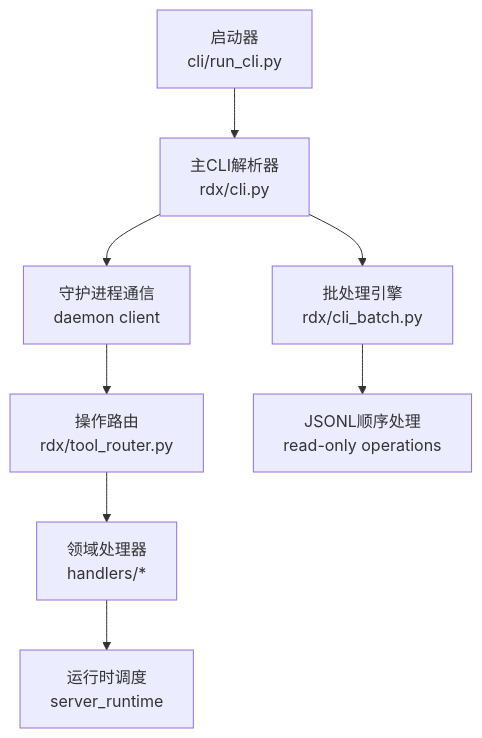
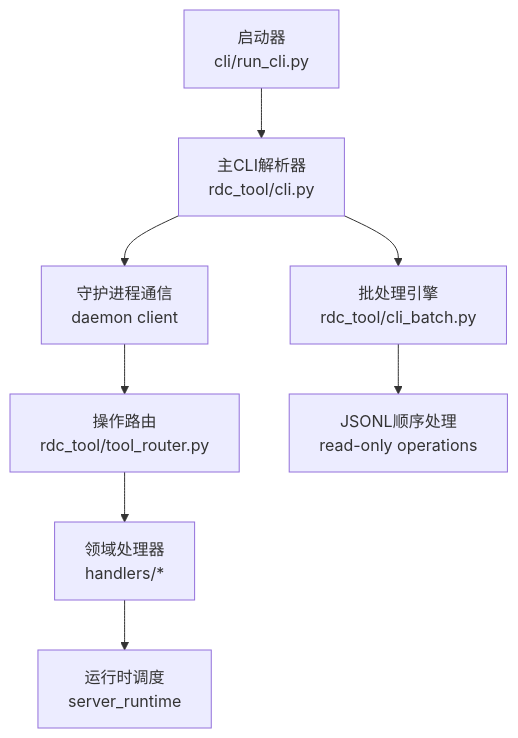
One commit to haolange/RDC-Tool changed the first of 3 diagrams in .qoder/repowiki/zh/content/CLI参考手册/CLI参考手册.md. Above: the diagram before and after it, drawn with Mermaid. The commit also changed other lines of this file and 388 other files, not shown here.

First line of the commit message:
Release RDC-Tool identity and public maintenance surface

````diff
--- a/.qoder/repowiki/zh/content/CLI参考手册/CLI参考手册.md
+++ b/.qoder/repowiki/zh/content/CLI参考手册/CLI参考手册.md
@@ -51,10 +51,10 @@
 ```mermaid
 graph TB
-A["启动器<br/>cli/run_cli.py"] --> B["主CLI解析器<br/>rdx/cli.py"]
+A["启动器<br/>cli/run_cli.py"] --> B["主CLI解析器<br/>rdc_tool/cli.py"]
 B --> C["守护进程通信<br/>daemon client"]
-C --> D["操作路由<br/>rdx/tool_router.py"]
+C --> D["操作路由<br/>rdc_tool/tool_router.py"]
 D --> E["领域处理器<br/>handlers/*"]
 E --> F["运行时调度<br/>server_runtime"]
-B --> G["批处理引擎<br/>rdx/cli_batch.py"]
+B --> G["批处理引擎<br/>rdc_tool/cli_batch.py"]
 G --> H["JSONL顺序处理<br/>read-only operations"]
 ```
````
